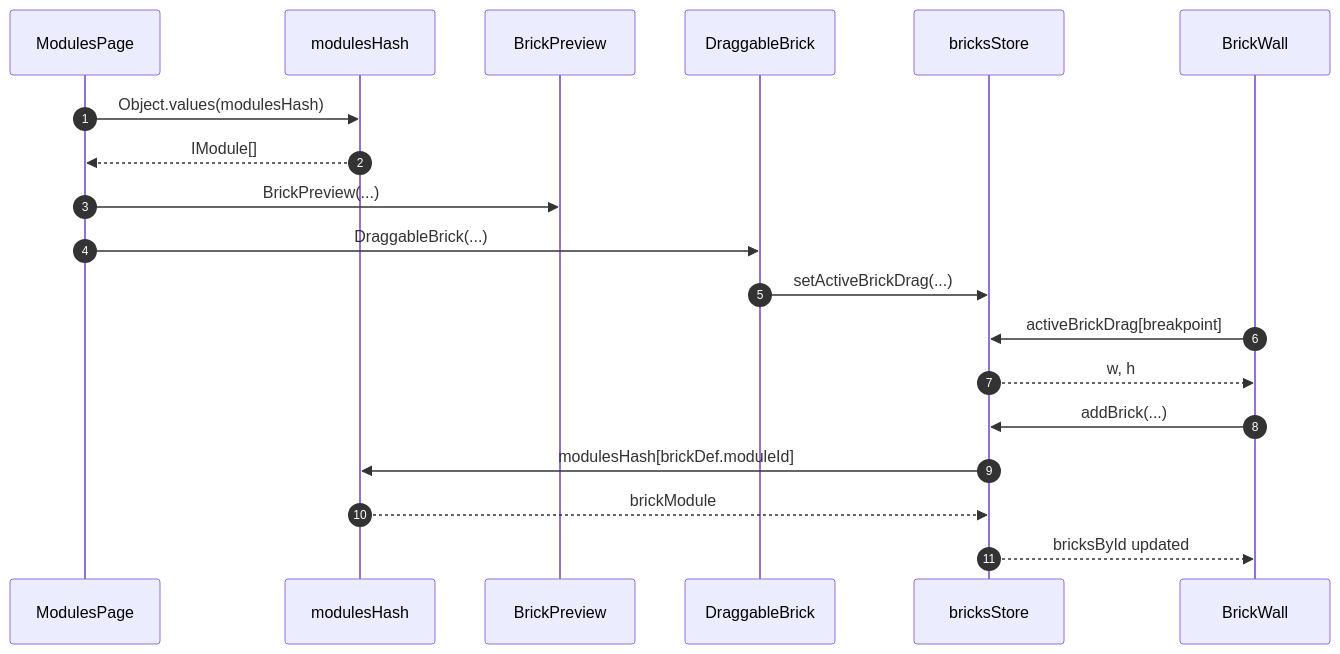
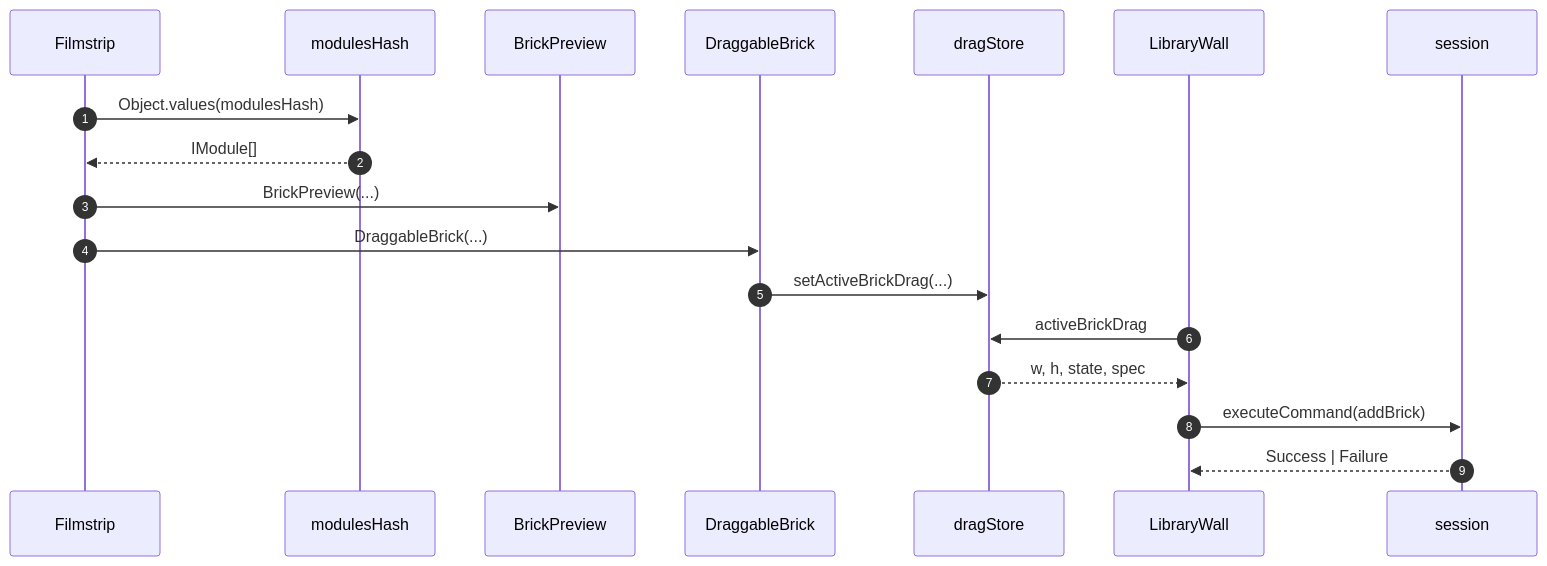
The diagram in wiki/architecture/browser/LibrarySandboxBrickDrop.md (morgs32/qrk.sh), drawn with Mermaid before and after one commit. The commit also changed other lines of this file and 45 other files, not shown here.

````diff
--- a/wiki/architecture/browser/LibrarySandboxBrickDrop.md
+++ b/wiki/architecture/browser/LibrarySandboxBrickDrop.md
@@ -34,32 +33,29 @@
 ```mermaid
 sequenceDiagram
-  participant ModulesPage
+  participant Filmstrip
   participant modulesHash
   participant BrickPreview
   participant DraggableBrick
-  participant bricksStore
-  participant BrickWall
+  participant dragStore
+  participant LibraryWall
+  participant session
 
   autonumber 1
-  ModulesPage->>modulesHash: Object.values(modulesHash)
+  Filmstrip->>modulesHash: Object.values(modulesHash)
   autonumber 2
-  modulesHash-->>ModulesPage: IModule[]
+  modulesHash-->>Filmstrip: IModule[]
   autonumber 3
-  ModulesPage->>BrickPreview: BrickPreview(...)
+  Filmstrip->>BrickPreview: BrickPreview(...)
   autonumber 4
-  ModulesPage->>DraggableBrick: DraggableBrick(...)
+  Filmstrip->>DraggableBrick: DraggableBrick(...)
   autonumber 5
-  DraggableBrick->>bricksStore: setActiveBrickDrag(...)
+  DraggableBrick->>dragStore: setActiveBrickDrag(...)
   autonumber 6
-  BrickWall->>bricksStore: activeBrickDrag[breakpoint]
+  LibraryWall->>dragStore: activeBrickDrag
   autonumber 7
-  bricksStore-->>BrickWall: w, h
+  dragStore-->>LibraryWall: w, h, state, spec
   autonumber 8
-  BrickWall->>bricksStore: addBrick(...)
+  LibraryWall->>session: executeCommand(addBrick)
   autonumber 9
-  bricksStore->>modulesHash: modulesHash[brickDef.moduleId]
-  autonumber 10
-  modulesHash-->>bricksStore: brickModule
-  autonumber 11
-  bricksStore-->>BrickWall: bricksById updated
+  session-->>LibraryWall: Success | Failure
 ```
````
